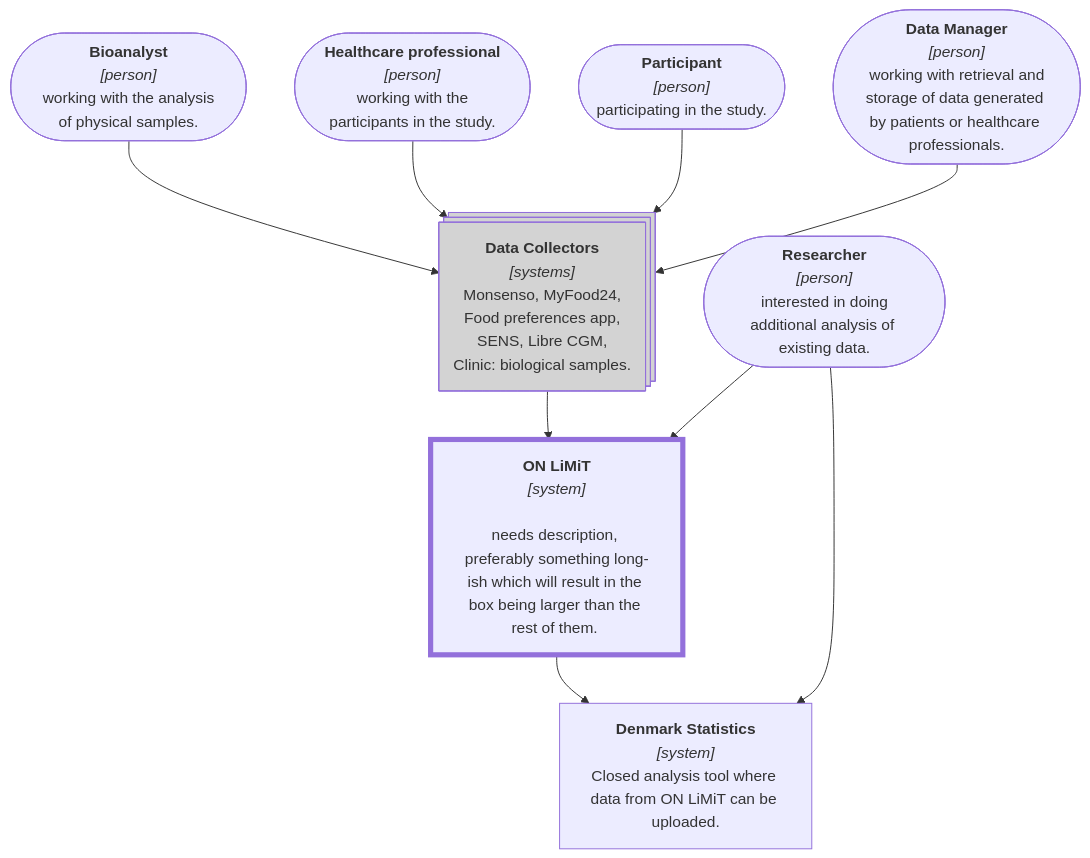
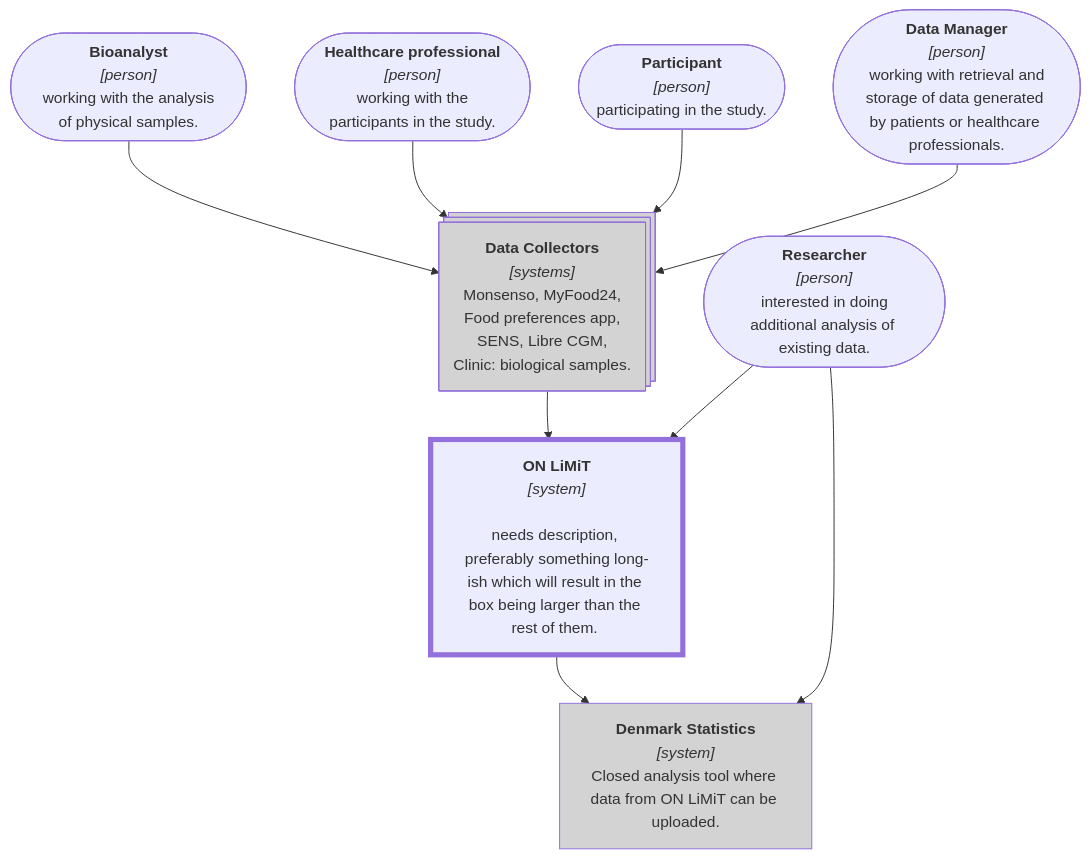
One commit to onlimit-study/dmp changed the diagram in documents/C4-level.md. Above: the diagram before and after it, drawn with Mermaid.

Commit message:
docs: change DS to be external

````diff
--- a/documents/C4-level.md
+++ b/documents/C4-level.md
@@ -10,27 +10,27 @@
 ```{mermaid}
 %%| label: fig-c4-context
 %%| fig-width: 6.3
 %%| fig-cap: "C4 Context diagram showing a very basic overview of ON LiMiT, its anticipated users, and data providers."
 flowchart TD
 Bioanalyst@{shape: stadium, label: "<b>Bioanalyst</b><br><i>[person]</i><br> working with the analysis of physical samples."}
 Healthprof@{shape: stadium, label: "<b>Healthcare professional</b><br><i>[person]</i><br> working with the participants in the study."}
 Participant@{shape: stadium, label: "<b>Participant</b><br><i>[person]</i><br> participating in the study."}
 Datamanager@{shape: stadium, label: "<b>Data Manager</b><br><i>[person]</i><br> working with retrieval and storage of data generated by patients or healthcare professionals."}
 Researcher@{shape: stadium, label: "<b>Researcher</b><br><i>[person]</i><br> interested in doing additional analysis of existing data."}
 
 onlimit@{shape: proc, label: "<b>ON LiMiT</b><br><i>[system]</i><br><br>needs description, preferably something long-ish which will result in the box being larger than the rest of them. "}
 DS@{shape: proc, label: "<b>Denmark Statistics</b><br><i>[system]</i><br>Closed analysis tool where data from ON LiMiT can be uploaded."}
 DP@{ shape: procs, label: "<b>Data Collectors</b><br><i>[systems]</i><br>Monsenso, MyFood24,<br>Food preferences app,<br>SENS, Libre CGM,<br>Clinic: biological samples."}
 
 Bioanalyst --> DP:::external
 Healthprof --> DP
 Participant --> DP
 Datamanager --> DP
 DP --> onlimit:::system
 Researcher --> onlimit
-onlimit --> DS
+onlimit --> DS:::external
 Researcher --> DS
 
 classDef system stroke-width:4pt
 classDef external fill:lightgrey
 ```
````
